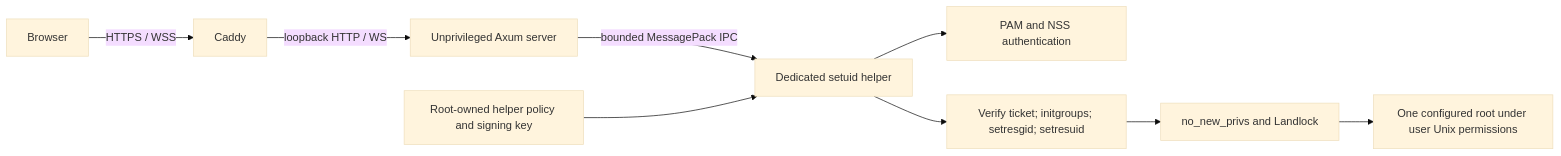
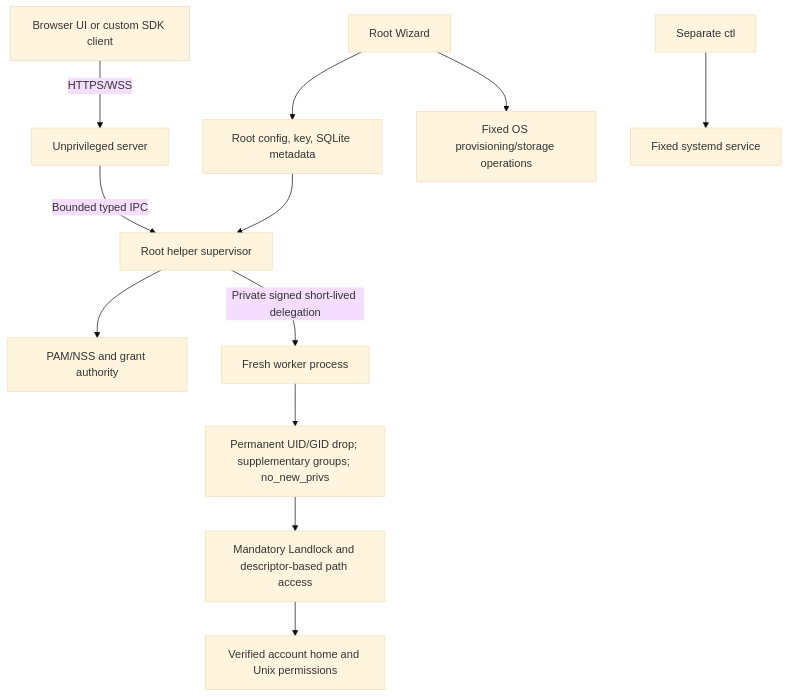
Before and after one commit to mhmtsnmzkanly/tealdrive: the diagram in docs/ARCHITECTURE.md, drawn with Mermaid (base theme). The commit also changed other lines of this file and 34 other files, not shown here.

Commit message:
docs: deliver final architecture deployment test evidence and operations report

````diff
--- a/docs/ARCHITECTURE.md
+++ b/docs/ARCHITECTURE.md
@@ -5,11 +6,14 @@
 ```mermaid
-flowchart LR
-    B[Browser] -->|HTTPS / WSS| C[Caddy]
-    C -->|loopback HTTP / WS| S[Unprivileged Axum server]
-    S -->|bounded MessagePack IPC| H[Dedicated setuid helper]
-    P[Root-owned helper policy and signing key] --> H
-    H --> A[PAM and NSS authentication]
-    H --> U[Verify ticket; initgroups; setresgid; setresuid]
-    U --> L[no_new_privs and Landlock]
-    L --> F[One configured root under user Unix permissions]
+flowchart TD
+  B[Browser UI or custom SDK client] -->|HTTPS/WSS| S[Unprivileged server]
+  S -->|Bounded typed IPC| H[Root helper supervisor]
+  P[Root config, key, SQLite metadata] --> H
+  H --> A[PAM/NSS and grant authority]
+  H -->|Private signed short-lived delegation| W[Fresh worker process]
+  W --> U[Permanent UID/GID drop; supplementary groups; no_new_privs]
+  U --> L[Mandatory Landlock and descriptor-based path access]
+  L --> F[Verified account home and Unix permissions]
+  R[Root Wizard] --> P
+  R --> O[Fixed OS provisioning/storage operations]
+  C[Separate ctl] --> T[Fixed systemd service]
 ```
````
